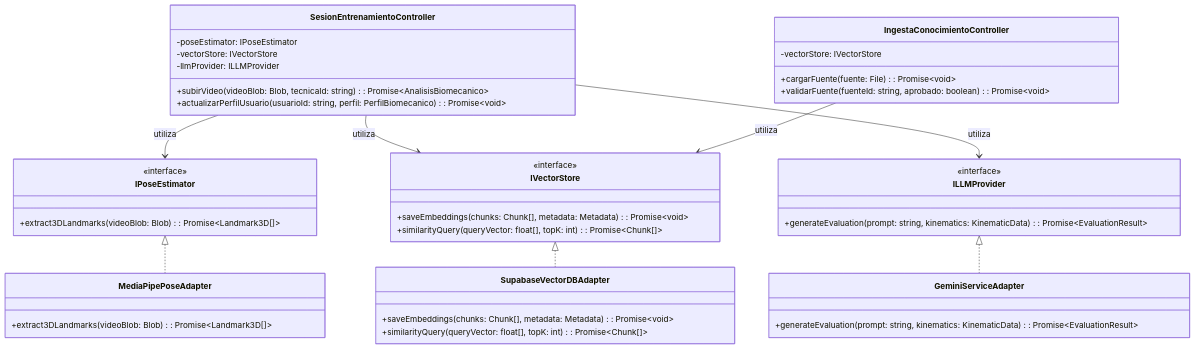
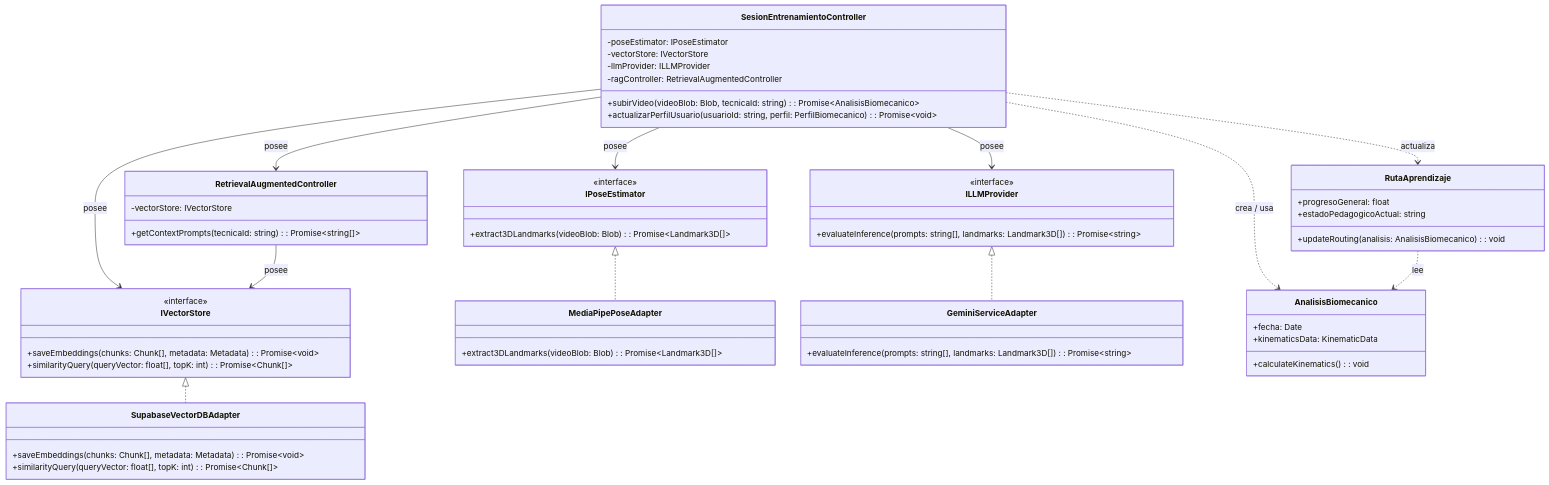
One commit to Tsmrain/Documentacion changed the fourth of 4 diagrams in README.md. Above: the diagram before and after it, drawn with Mermaid.

Commit message:
refactor: update ILLMProvider signature, add RetrievalAugmentedController, and revise class relationships in architecture documentation

````diff
--- a/README.md
+++ b/README.md
@@ -810,50 +810,67 @@
 ```mermaid
 classDiagram
     class IPoseEstimator {
         <<interface>>
         +extract3DLandmarks(videoBlob: Blob): Promise~Landmark3D[]~
     }
     class IVectorStore {
         <<interface>>
         +saveEmbeddings(chunks: Chunk[], metadata: Metadata): Promise~void~
         +similarityQuery(queryVector: float[], topK: int): Promise~Chunk[]~
     }
     class ILLMProvider {
         <<interface>>
-        +generateEvaluation(prompt: string, kinematics: KinematicData): Promise~EvaluationResult~
+        +evaluateInference(prompts: string[], landmarks: Landmark3D[]): Promise~string~
     }
 
     class MediaPipePoseAdapter {
         +extract3DLandmarks(videoBlob: Blob): Promise~Landmark3D[]~
     }
     class SupabaseVectorDBAdapter {
         +saveEmbeddings(chunks: Chunk[], metadata: Metadata): Promise~void~
         +similarityQuery(queryVector: float[], topK: int): Promise~Chunk[]~
     }
     class GeminiServiceAdapter {
-        +generateEvaluation(prompt: string, kinematics: KinematicData): Promise~EvaluationResult~
+        +evaluateInference(prompts: string[], landmarks: Landmark3D[]): Promise~string~
     }
 
     IPoseEstimator <|.. MediaPipePoseAdapter
     IVectorStore <|.. SupabaseVectorDBAdapter
     ILLMProvider <|.. GeminiServiceAdapter
 
+    class RetrievalAugmentedController {
+        -vectorStore: IVectorStore
+        +getContextPrompts(tecnicaId: string): Promise~string[]~
+    }
+
     class SesionEntrenamientoController {
         -poseEstimator: IPoseEstimator
         -vectorStore: IVectorStore
         -llmProvider: ILLMProvider
+        -ragController: RetrievalAugmentedController
         +subirVideo(videoBlob: Blob, tecnicaId: string): Promise~AnalisisBiomecanico~
         +actualizarPerfilUsuario(usuarioId: string, perfil: PerfilBiomecanico): Promise~void~
     }
 
-    class IngestaConocimientoController {
-        -vectorStore: IVectorStore
-        +cargarFuente(fuente: File): Promise~void~
-        +validarFuente(fuenteId: string, aprobado: boolean): Promise~void~
+    class AnalisisBiomecanico {
+        +fecha: Date
+        +kinematicsData: KinematicData
+        +calculateKinematics(): void
     }
 
-    SesionEntrenamientoController --> IPoseEstimator : utiliza
-    SesionEntrenamientoController --> IVectorStore : utiliza
-    SesionEntrenamientoController --> ILLMProvider : utiliza
-    IngestaConocimientoController --> IVectorStore : utiliza
+    class RutaAprendizaje {
+        +progresoGeneral: float
+        +estadoPedagogicoActual: string
+        +updateRouting(analisis: AnalisisBiomecanico): void
+    }
+
+    SesionEntrenamientoController --> IPoseEstimator : posee
+    SesionEntrenamientoController --> IVectorStore : posee
+    SesionEntrenamientoController --> ILLMProvider : posee
+    SesionEntrenamientoController --> RetrievalAugmentedController : posee
+    RetrievalAugmentedController --> IVectorStore : posee
+
+    SesionEntrenamientoController ..> AnalisisBiomecanico : crea / usa
+    SesionEntrenamientoController ..> RutaAprendizaje : actualiza
+    RutaAprendizaje ..> AnalisisBiomecanico : lee
 ```
````
